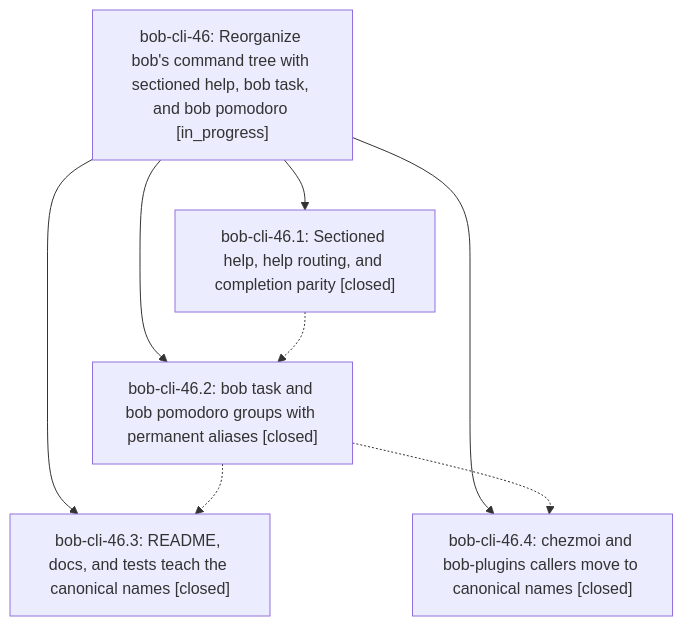
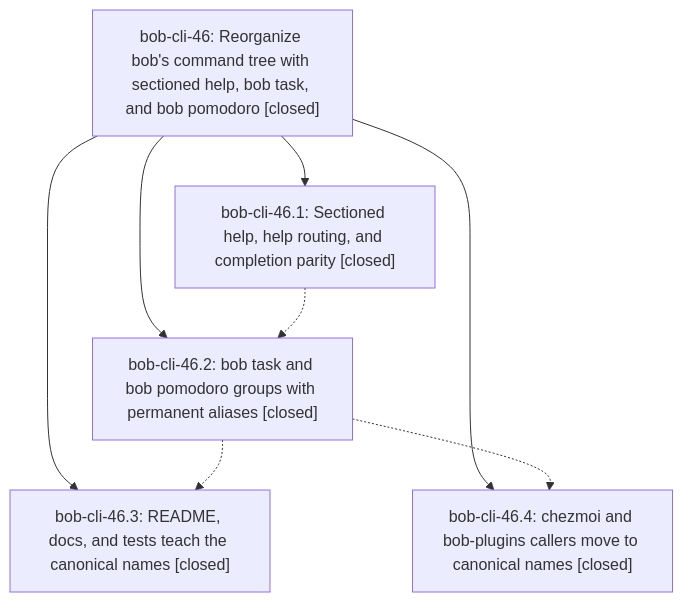
The diagram in pages/bob-cli-46/README.md (bobs-org/bob-cli--beads), drawn with Mermaid before and after one commit. The commit also changed other lines of this file and 1 other file, not shown here.

First line of the commit message:
chore(beads): sync bead state and pages for bob-cli-46

````diff
--- a/pages/bob-cli-46/README.md
+++ b/pages/bob-cli-46/README.md
@@ -25,15 +41,15 @@
 ```mermaid
 flowchart TD
-    n0["bob-cli-46: Reorganize bob's command tree with sectioned help, bob task, and bob pomodoro [in_progress]"]
+    n0["bob-cli-46: Reorganize bob's command tree with sectioned help, bob task, and bob pomodoro [closed]"]
     n1["bob-cli-46.1: Sectioned help, help routing, and completion parity [closed]"]
     n2["bob-cli-46.2: bob task and bob pomodoro groups with permanent aliases [closed]"]
     n3["bob-cli-46.3: README, docs, and tests teach the canonical names [closed]"]
     n4["bob-cli-46.4: chezmoi and bob-plugins callers move to canonical names [closed]"]
     n0 --> n1
     n0 --> n2
     n0 --> n3
     n0 --> n4
     n1 -.-> n2
     n2 -.-> n3
     n2 -.-> n4
 ```
````
